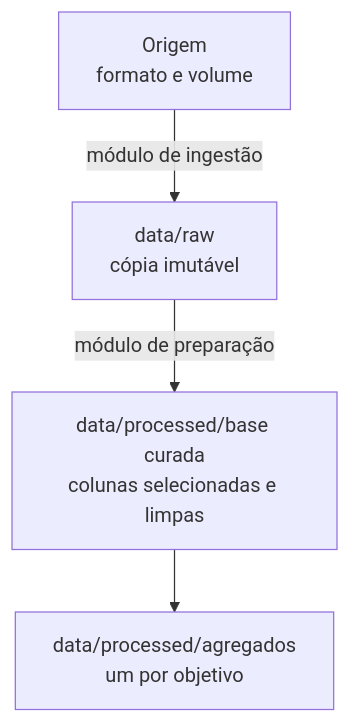
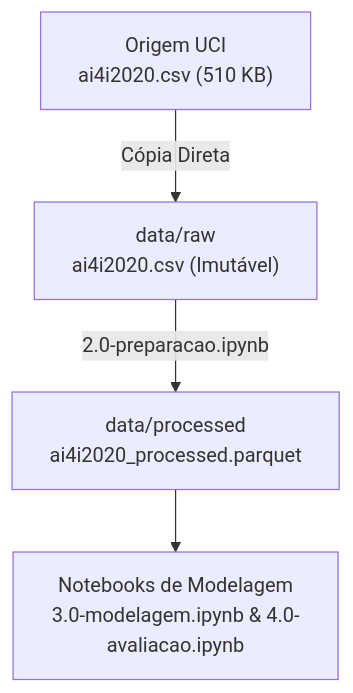
Before and after one commit to Emanuel085/trab_unifor_template: the diagram in docs/preparacao.md, drawn with Mermaid. The commit also changed other lines of this file and 5 other files, not shown here.

````diff
--- a/docs/preparacao.md
+++ b/docs/preparacao.md
@@ -26,7 +11,7 @@
 ```mermaid
 flowchart TD
-    A["Origem<br/>formato e volume"] -->|"módulo de ingestão"| B
-    B["data/raw<br/>cópia imutável"] -->|"módulo de preparação"| C
-    C["data/processed/base curada<br/>colunas selecionadas e limpas"] --> D
-    D["data/processed/agregados<br/>um por objetivo"]
+    A["Origem UCI<br/>ai4i2020.csv (510 KB)"] -->|"Cópia Direta"| B
+    B["data/raw<br/>ai4i2020.csv (Imutável)"] -->|"2.0-preparacao.ipynb"| C
+    C["data/processed<br/>ai4i2020_processed.parquet"] --> D
+    D["Notebooks de Modelagem<br/>3.0-modelagem.ipynb & 4.0-avaliacao.ipynb"]
 ```
````
